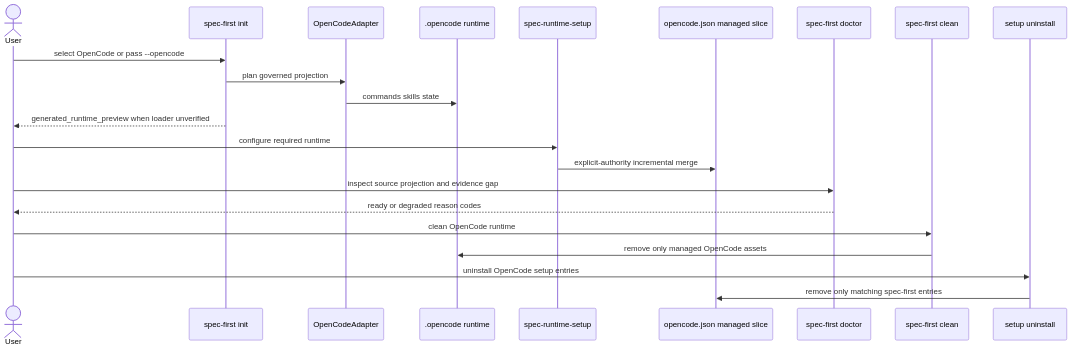
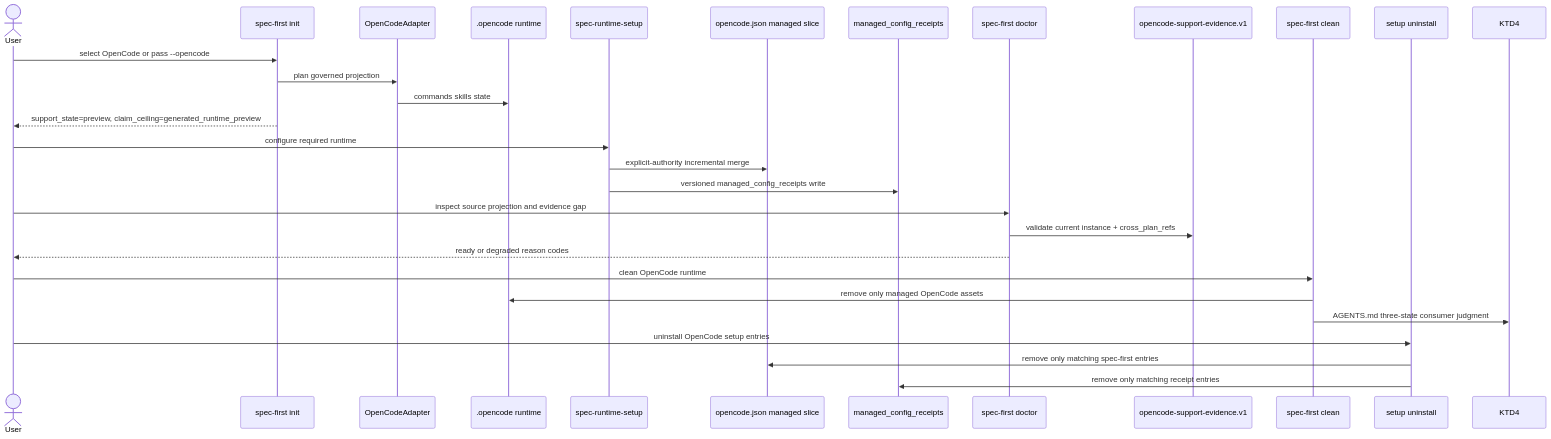
Before and after one commit to leo-kuang-ai/spec-first: the third of 4 diagrams in docs/plans/2026-07-27-001-feat-opencode-host-support-plan.md, drawn with Mermaid. The commit also changed other lines of this file and 119 other files, not shown here.

````diff
--- a/docs/plans/2026-07-27-001-feat-opencode-host-support-plan.md
+++ b/docs/plans/2026-07-27-001-feat-opencode-host-support-plan.md
@@ -274,25 +357,31 @@
 ```mermaid
 sequenceDiagram
   actor User
   participant Init as spec-first init
   participant Adapter as OpenCodeAdapter
   participant Runtime as .opencode runtime
   participant Setup as spec-runtime-setup
   participant Config as opencode.json managed slice
+  participant Receipt as managed_config_receipts
   participant Doctor as spec-first doctor
+  participant Evidence as opencode-support-evidence.v1
   participant RuntimeClean as spec-first clean
   participant SetupUninstall as setup uninstall
 
   User->>Init: select OpenCode or pass --opencode
   Init->>Adapter: plan governed projection
   Adapter->>Runtime: commands skills state
-  Init-->>User: generated_runtime_preview when loader unverified
+  Init-->>User: support_state=preview, claim_ceiling=generated_runtime_preview
   User->>Setup: configure required runtime
   Setup->>Config: explicit-authority incremental merge
+  Setup->>Receipt: versioned managed_config_receipts write
   User->>Doctor: inspect source projection and evidence gap
+  Doctor->>Evidence: validate current instance + cross_plan_refs
   Doctor-->>User: ready or degraded reason codes
   User->>RuntimeClean: clean OpenCode runtime
   RuntimeClean->>Runtime: remove only managed OpenCode assets
+  RuntimeClean->>KTD4: AGENTS.md three-state consumer judgment
   User->>SetupUninstall: uninstall OpenCode setup entries
   SetupUninstall->>Config: remove only matching spec-first entries
+  SetupUninstall->>Receipt: remove only matching receipt entries
 ```
````
